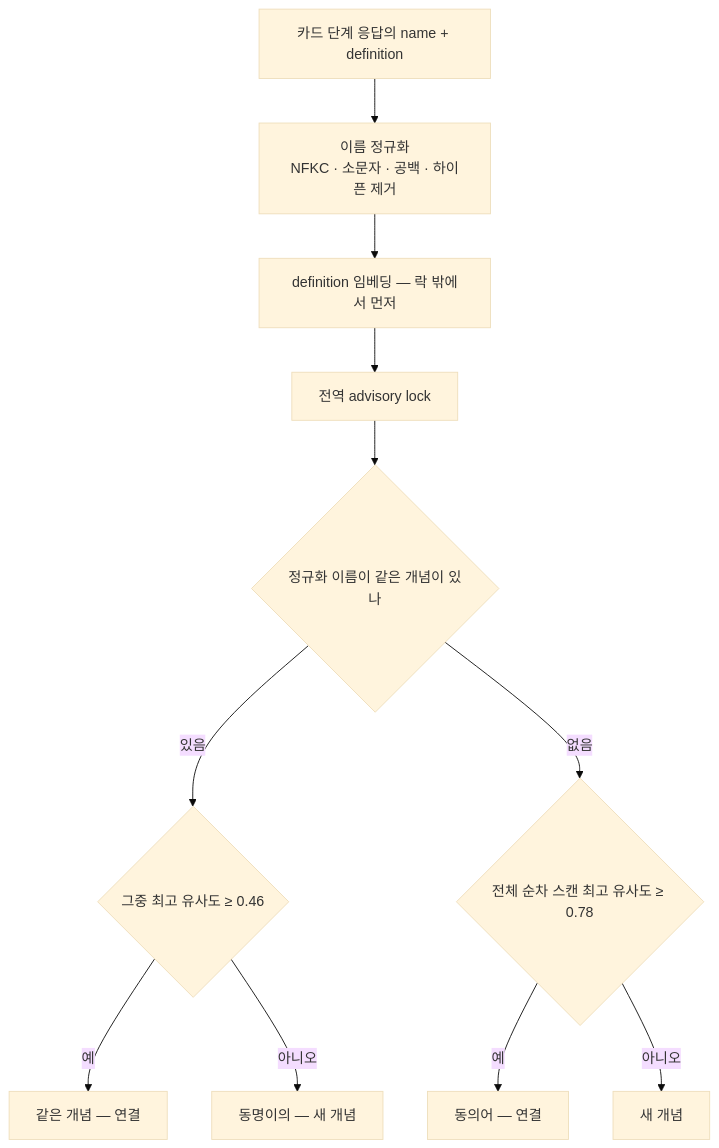
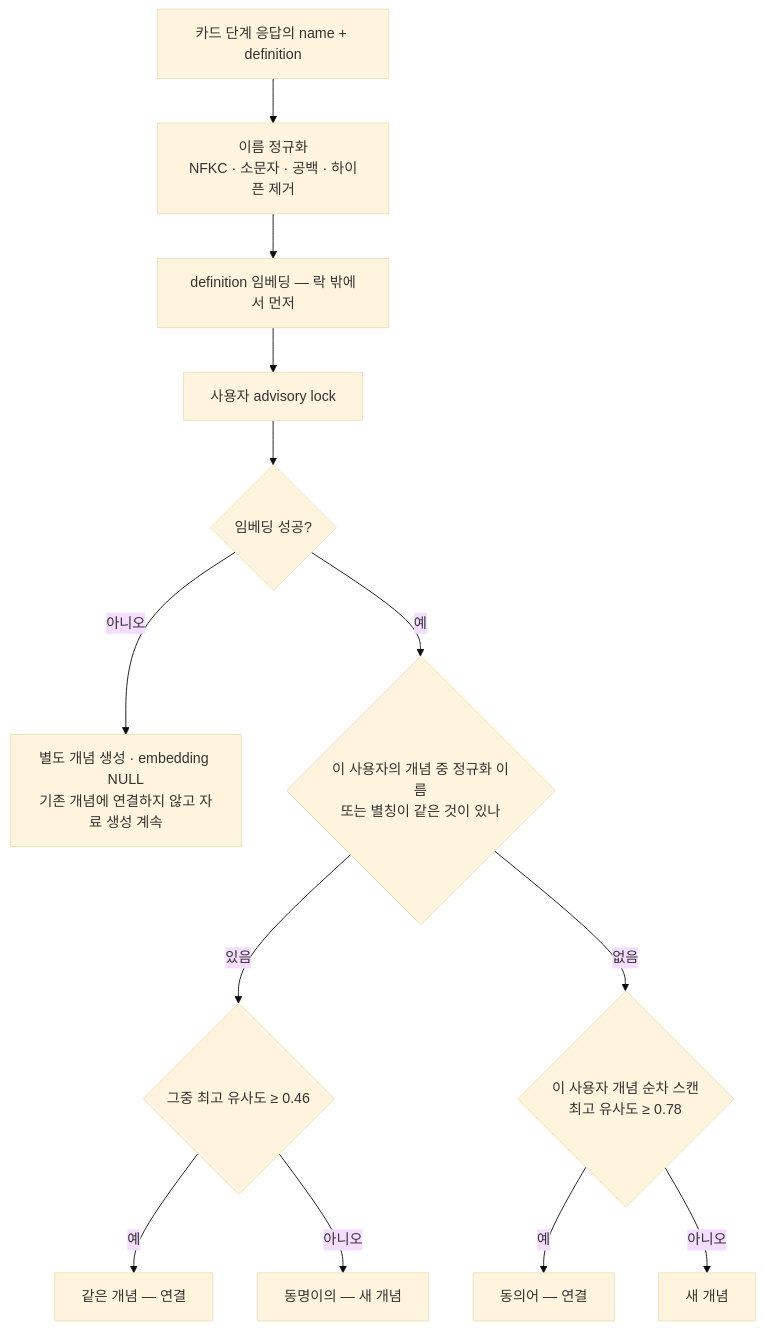
Before and after one commit to f-lab-edu/Mogum: the fourth of 4 diagrams in docs/02-domain-data.md, drawn with Mermaid (base theme). The commit also changed other lines of this file and 36 other files, not shown here.

````diff
--- a/docs/02-domain-data.md
+++ b/docs/02-domain-data.md
@@ -127,13 +160,15 @@
 ```mermaid
 flowchart TD
     A["카드 단계 응답의 name + definition"] --> B["이름 정규화<br/>NFKC · 소문자 · 공백 · 하이픈 제거"]
     B --> C["definition 임베딩 — 락 밖에서 먼저"]
-    C --> LK["전역 advisory lock"]
-    LK --> D{"정규화 이름이 같은 개념이 있나"}
+    C --> LK["사용자 advisory lock"]
+    LK --> OK{"임베딩 성공?"}
+    OK -->|"아니오"| U["별도 개념 생성 · embedding NULL<br/>기존 개념에 연결하지 않고 자료 생성 계속"]
+    OK -->|"예"| D{"이 사용자의 개념 중 정규화 이름<br/>또는 별칭이 같은 것이 있나"}
     D -->|"있음"| E{"그중 최고 유사도 ≥ 0.46"}
     E -->|"예"| F["같은 개념 — 연결"]
     E -->|"아니오"| G["동명이의 — 새 개념"]
-    D -->|"없음"| H{"전체 순차 스캔 최고 유사도 ≥ 0.78"}
+    D -->|"없음"| H{"이 사용자 개념 순차 스캔<br/>최고 유사도 ≥ 0.78"}
     H -->|"예"| I["동의어 — 연결"]
     H -->|"아니오"| J["새 개념"]
 ```
````
